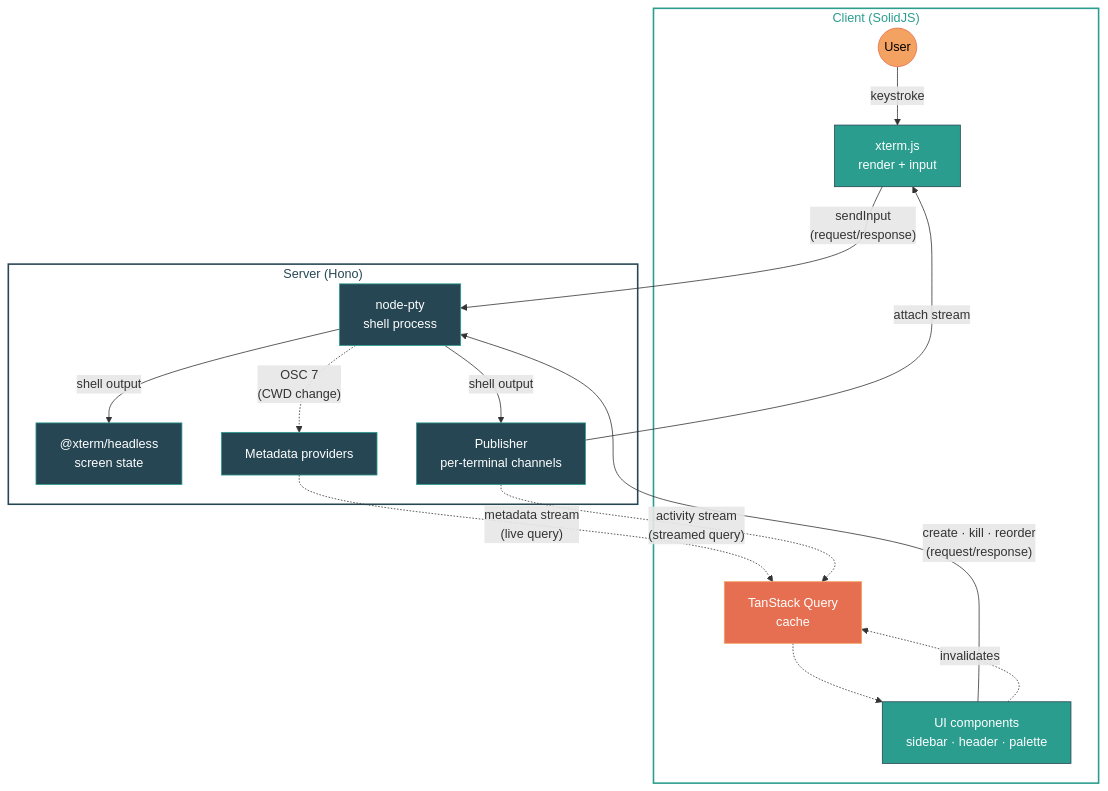
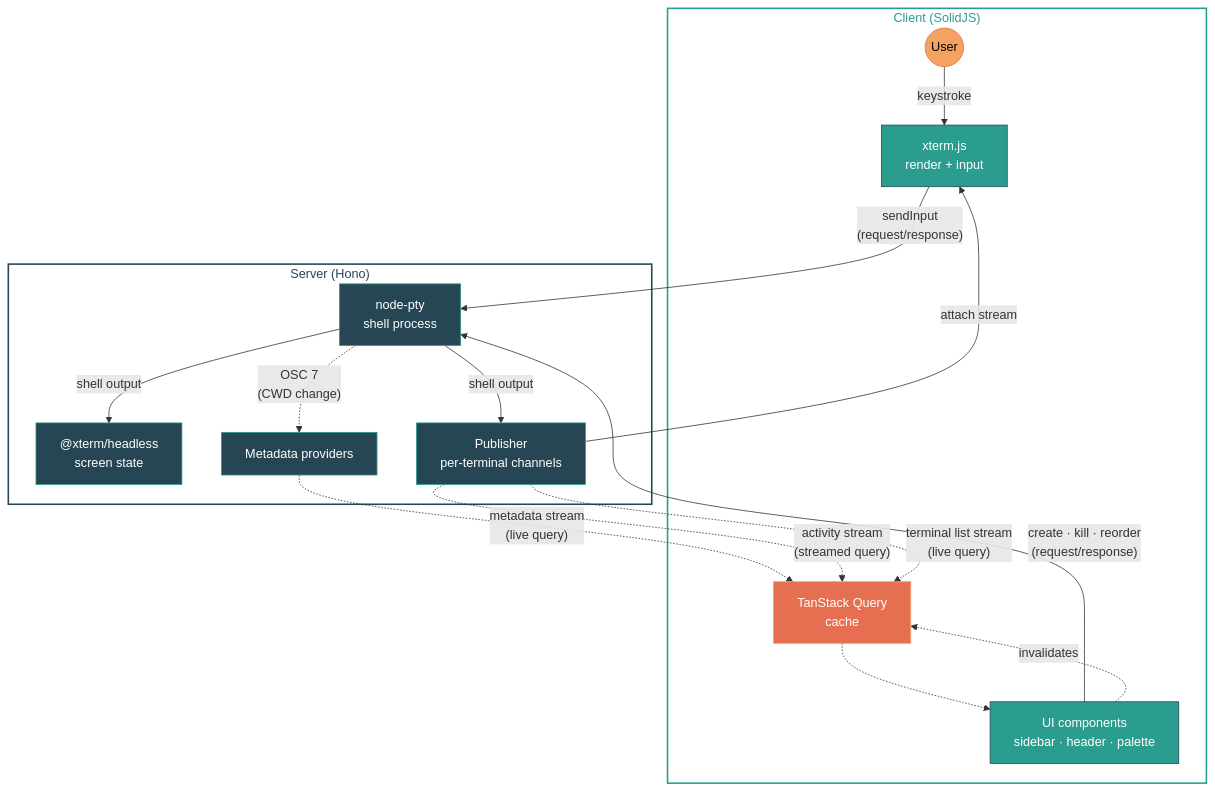
The diagram in README.md (juspay/kolu), drawn with Mermaid before and after one commit. The commit also changed other lines of this file and 1 other file, not shown here.

Commit message:
docs: update architecture for live terminal.list, strengthen CLAUDE.md rule

````diff
--- a/README.md
+++ b/README.md
@@ -101,41 +101,44 @@
 ```mermaid
 flowchart TB
   subgraph Client["Client (SolidJS)"]
     User((User)):::user
     Xterm["xterm.js\nrender + input"]:::client
     TQ["TanStack Query\ncache"]:::cache
     UI["UI components\nsidebar · header · palette"]:::client
   end
 
   subgraph Server["Server (Hono)"]
     PTY["node-pty\nshell process"]:::server
     Headless["@xterm/headless\nscreen state"]:::server
     Pub["Publisher\nper-terminal channels"]:::server
     Providers["Metadata providers"]:::server
   end
 
   %% Terminal I/O loop
   User -->|"keystroke"| Xterm
   Xterm -->|"sendInput\n(request/response)"| PTY
   PTY -->|"shell output"| Headless
   PTY -->|"shell output"| Pub
   Pub -->|"attach stream"| Xterm
 
   %% Metadata loop
   PTY -.->|"OSC 7\n(CWD change)"| Providers
   Providers -.->|"metadata stream\n(live query)"| TQ
   Pub -.->|"activity stream\n(streamed query)"| TQ
   TQ -.-> UI
 
+  %% Terminal list (server-pushed on create/kill/reorder)
+  Pub -.->|"terminal list stream\n(live query)"| TQ
+
   %% User actions
   UI -->|"create · kill · reorder\n(request/response)"| PTY
   UI -.->|"invalidates"| TQ
 
   classDef user fill:#f4a261,stroke:#e76f51,color:#000
   classDef client fill:#2a9d8f,stroke:#264653,color:#fff
   classDef cache fill:#e76f51,stroke:#f4a261,color:#fff
   classDef server fill:#264653,stroke:#2a9d8f,color:#fff
 
   style Client fill:none,stroke:#2a9d8f,stroke-width:2px,color:#2a9d8f
   style Server fill:none,stroke:#264653,stroke-width:2px,color:#264653
 ```
````
